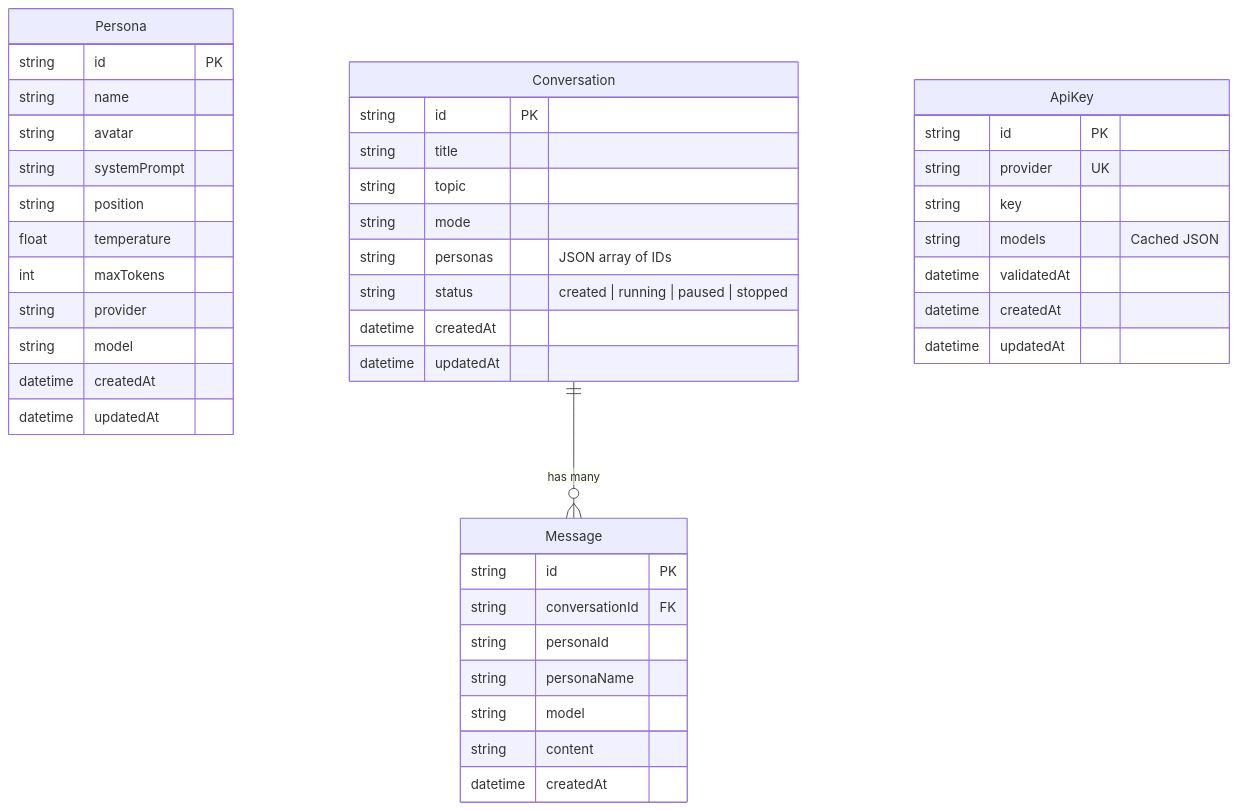
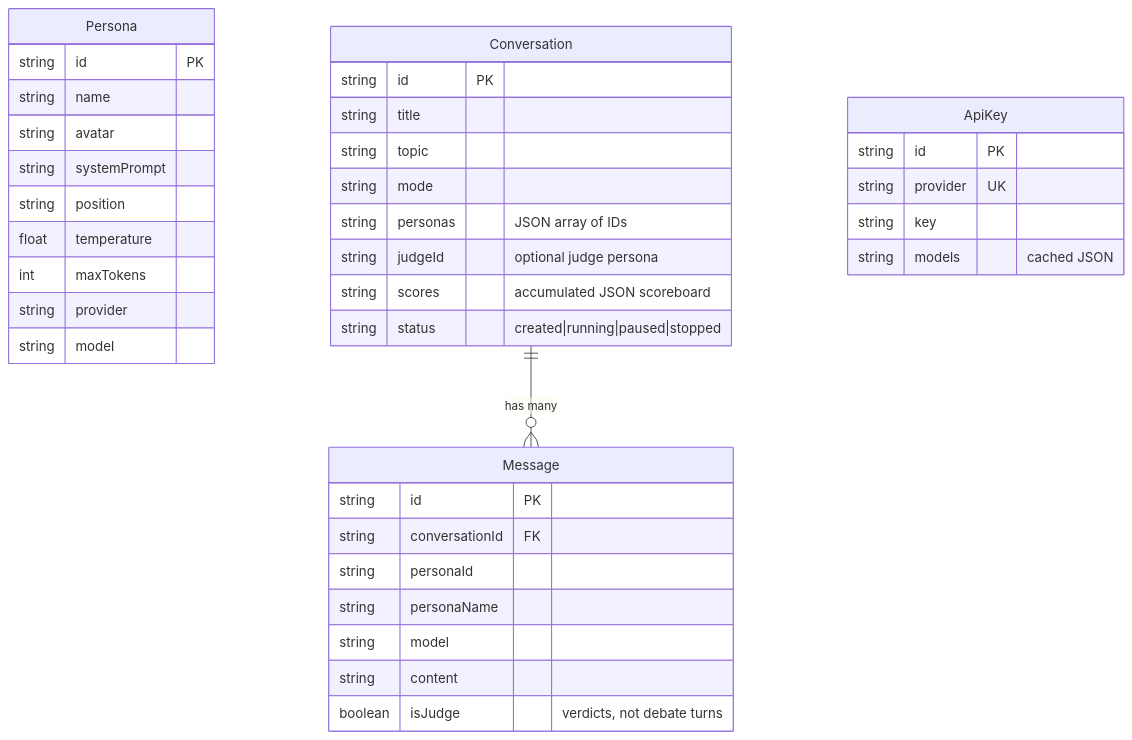
Before and after one commit to rustyorb/agent-arena: the seventh of 9 diagrams in README.md, drawn with Mermaid. The commit also changed other lines of this file and 1 other file, not shown here.

First line of the commit message:
Docs: max-flex README rewrite + CLAUDE.md architecture update

````diff
--- a/README.md
+++ b/README.md
@@ -370,49 +450,44 @@
 ```mermaid
 erDiagram
     Persona {
         string id PK
         string name
         string avatar
         string systemPrompt
         string position
         float temperature
         int maxTokens
         string provider
         string model
-        datetime createdAt
-        datetime updatedAt
     }
 
     Conversation {
         string id PK
         string title
         string topic
         string mode
         string personas "JSON array of IDs"
-        string status "created | running | paused | stopped"
-        datetime createdAt
-        datetime updatedAt
+        string judgeId "optional judge persona"
+        string scores "accumulated JSON scoreboard"
+        string status "created|running|paused|stopped"
     }
 
     Message {
         string id PK
         string conversationId FK
         string personaId
         string personaName
         string model
         string content
-        datetime createdAt
+        boolean isJudge "verdicts, not debate turns"
     }
 
     ApiKey {
         string id PK
         string provider UK
         string key
-        string models "Cached JSON"
-        datetime validatedAt
-        datetime createdAt
-        datetime updatedAt
+        string models "cached JSON"
     }
 
     Conversation ||--o{ Message : "has many"
 ```
````
